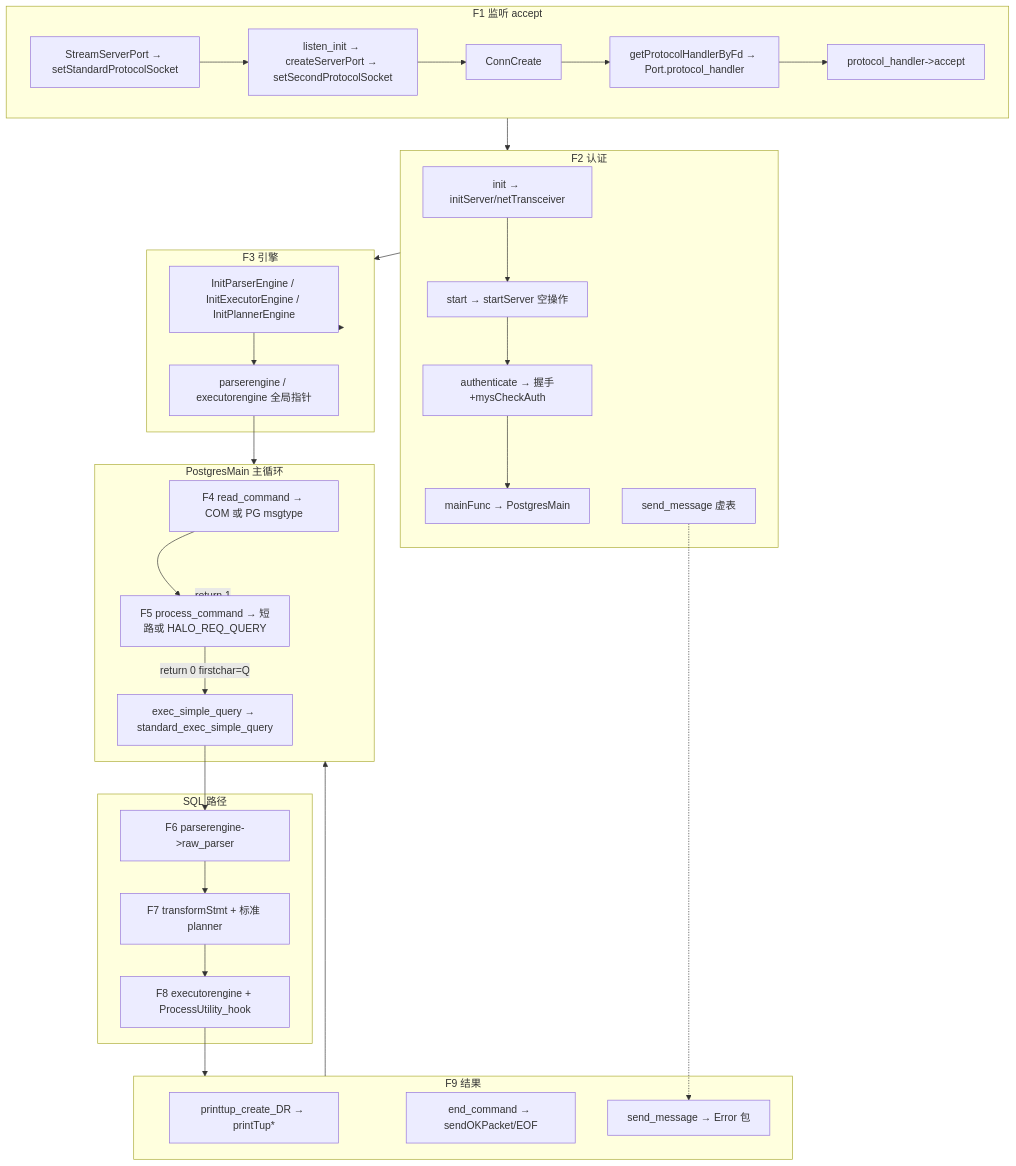
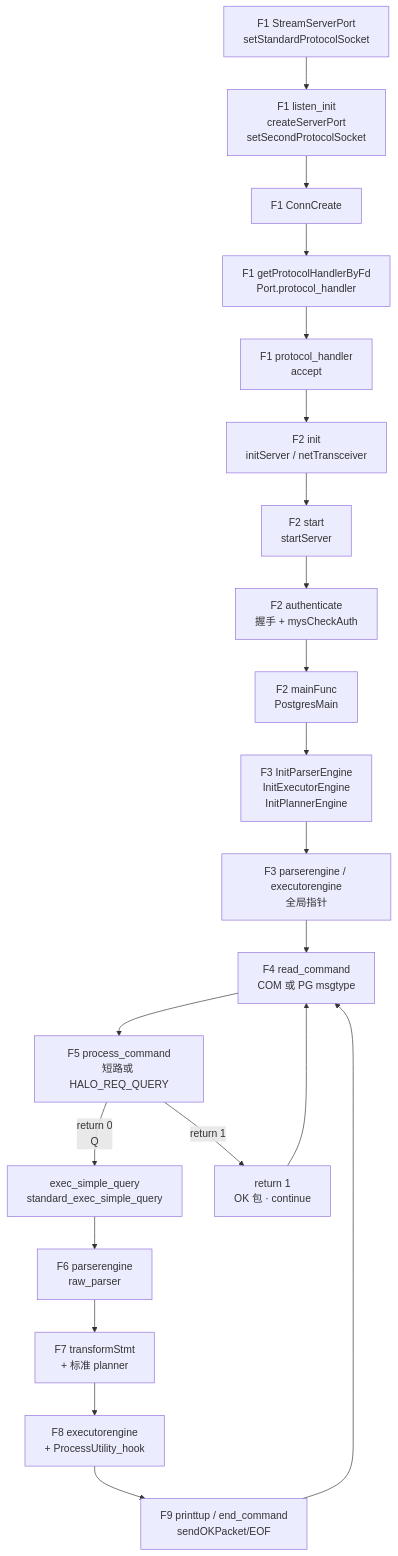
Before and after one commit to Meta11ic0/fluffynotes: the fifth of 6 diagrams in database/openhalo/openhalo-mysql-compatibility.md, drawn with Mermaid. The commit also changed other lines of this file, not shown here.

````diff
--- a/database/openhalo/openhalo-mysql-compatibility.md
+++ b/database/openhalo/openhalo-mysql-compatibility.md
@@ -984,48 +985,42 @@
 ```mermaid
 flowchart TB
-    subgraph F1[F1 监听 accept]
-        SSP[StreamServerPort → setStandardProtocolSocket]
-        LI[listen_init → createServerPort → setSecondProtocolSocket]
-        CC[ConnCreate]
-        GPH[getProtocolHandlerByFd → Port.protocol_handler]
-        ACC[protocol_handler->accept]
-    end
-    subgraph F2[F2 认证]
-        INIT[init → initServer/netTransceiver]
-        START[start → startServer 空操作]
-        AUTH[authenticate → 握手+mysCheckAuth]
-        MAIN[mainFunc → PostgresMain]
-        SM2[send_message 虚表]
-    end
-    subgraph F3[F3 引擎]
-        IE[InitParserEngine / InitExecutorEngine / InitPlannerEngine]
-        PE[parserengine / executorengine 全局指针]
-    end
-    subgraph Loop[PostgresMain 主循环]
-        F4[F4 read_command → COM 或 PG msgtype]
-        F5[F5 process_command → 短路或 HALO_REQ_QUERY]
-        ESQ[exec_simple_query → standard_exec_simple_query]
-    end
-    subgraph SQL[SQL 路径]
-        F6[F6 parserengine->raw_parser]
-        F7[F7 transformStmt + 标准 planner]
-        F8[F8 executorengine + ProcessUtility_hook]
-    end
-    subgraph F9[F9 结果]
-        PT[printtup_create_DR → printTup*]
-        EC[end_command → sendOKPacket/EOF]
-        SM[send_message → Error 包]
-    end
-    SSP --> LI
-    LI --> CC
-    CC --> GPH --> ACC
-    F1 --> F2
-    INIT --> START --> AUTH --> MAIN
-    F2 --> F3 --> IE --> PE --> Loop
-    F4 --> F5
-    F5 -->|return 1| Loop
-    F5 -->|return 0 firstchar=Q| ESQ
-    ESQ --> F6 --> F7 --> F8 --> F9
-    F9 --> Loop
-    SM2 -.-> SM
+    ssp["F1 StreamServerPort<br/>setStandardProtocolSocket"]
+    li["F1 listen_init<br/>createServerPort<br/>setSecondProtocolSocket"]
+    cc["F1 ConnCreate"]
+    gph["F1 getProtocolHandlerByFd<br/>Port.protocol_handler"]
+    acc["F1 protocol_handler<br/>accept"]
+    init["F2 init<br/>initServer / netTransceiver"]
+    start["F2 start<br/>startServer"]
+    auth["F2 authenticate<br/>握手 + mysCheckAuth"]
+    main["F2 mainFunc<br/>PostgresMain"]
+    ie["F3 InitParserEngine<br/>InitExecutorEngine<br/>InitPlannerEngine"]
+    pe["F3 parserengine / executorengine<br/>全局指针"]
+    f4["F4 read_command<br/>COM 或 PG msgtype"]
+    f5["F5 process_command<br/>短路或 HALO_REQ_QUERY"]
+    esq["exec_simple_query<br/>standard_exec_simple_query"]
+    ping["return 1<br/>OK 包 · continue"]
+    f6["F6 parserengine<br/>raw_parser"]
+    f7["F7 transformStmt<br/>+ 标准 planner"]
+    f8["F8 executorengine<br/>+ ProcessUtility_hook"]
+    f9["F9 printtup / end_command<br/>sendOKPacket/EOF"]
+    ssp --> li
+    li --> cc
+    cc --> gph
+    gph --> acc
+    acc --> init
+    init --> start
+    start --> auth
+    auth --> main
+    main --> ie
+    ie --> pe
+    pe --> f4
+    f4 --> f5
+    f5 -->|return 1| ping
+    ping --> f4
+    f5 -->|"return 0<br/>Q"| esq
+    esq --> f6
+    f6 --> f7
+    f7 --> f8
+    f8 --> f9
+    f9 --> f4
 ```
````
